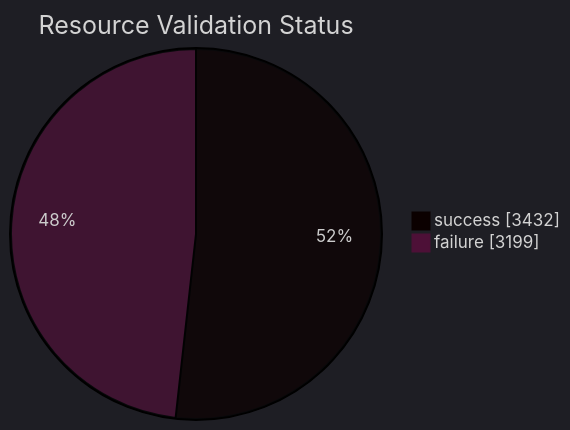
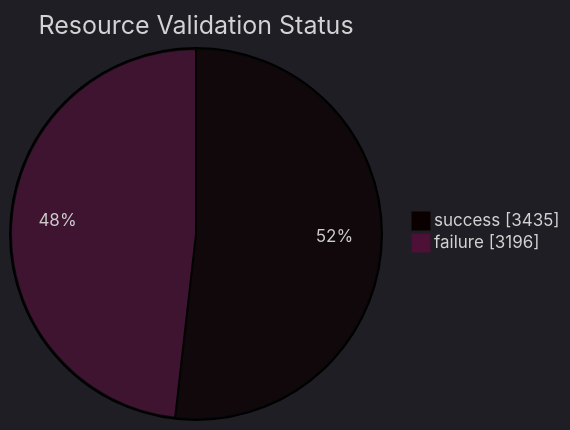
One commit to open-data/analytics-corporate-reporting changed the diagram in datastore_tracker/resource_validation_status_pie_chart.md. Above: the diagram before and after it, drawn with Mermaid. The commit also changed 8 other files, not shown here.

````diff
--- a/datastore_tracker/resource_validation_status_pie_chart.md
+++ b/datastore_tracker/resource_validation_status_pie_chart.md
@@ -2,9 +2,9 @@
 ```mermaid
 ---
 config:
   theme: dark
 ---
 pie showData title Resource Validation Status
-    "success": 3432
-    "failure": 3199
+    "success": 3435
+    "failure": 3196
 ```
````
